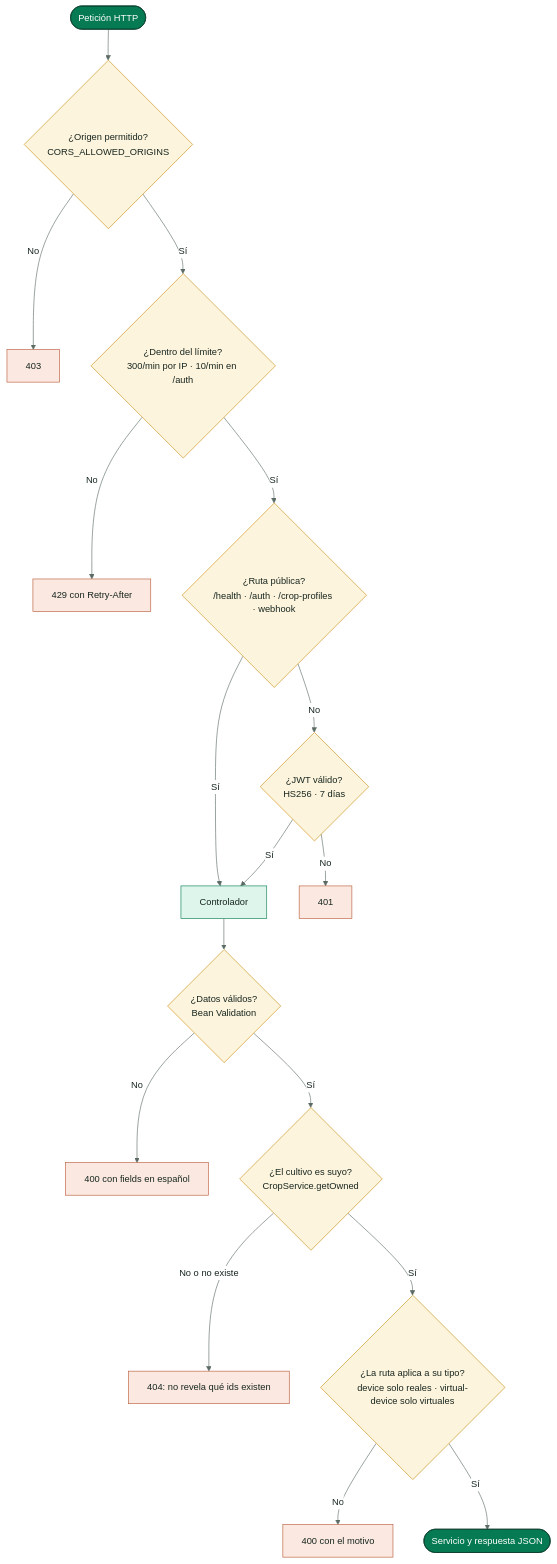
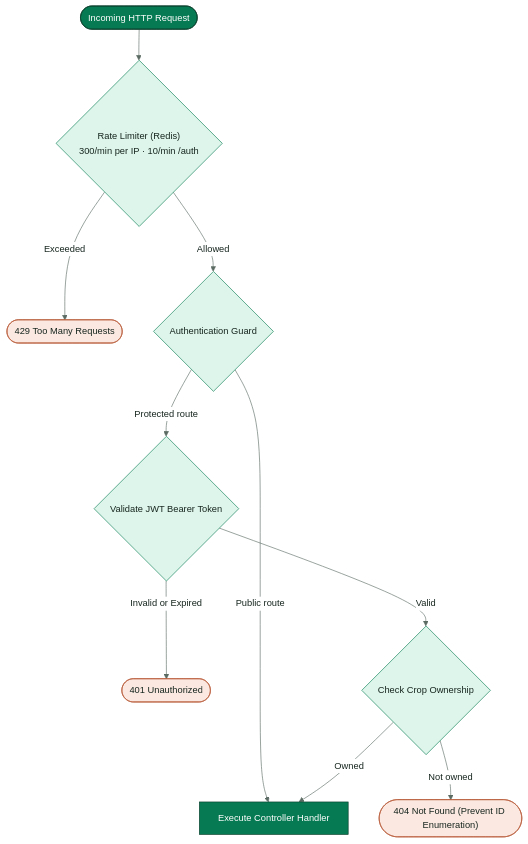
One commit to SmartPotTech/SmartPot-API-Java changed the fourth of 4 diagrams in docs/SmartPot_API_Documentation.md. Above: the diagram before and after it, drawn with Mermaid. The commit also changed other lines of this file and 15 other files, not shown here.

Commit message:
docs(specs): standardize legacy english documentation, notices, diagrams, and manuals

````diff
--- a/docs/SmartPot_API_Documentation.md
+++ b/docs/SmartPot_API_Documentation.md
@@ -243,31 +178,19 @@
 ```mermaid
 %%{init: {"theme": "base", "fontFamily": "Segoe UI, Arial, sans-serif", "themeVariables": {"fontFamily": "Segoe UI, Arial, sans-serif", "fontSize": "15px", "primaryColor": "#DDF5EA", "primaryTextColor": "#17261F", "primaryBorderColor": "#067A52", "secondaryColor": "#E3F2FB", "secondaryTextColor": "#17261F", "secondaryBorderColor": "#1F6FA0", "tertiaryColor": "#F2F7F4", "tertiaryTextColor": "#17261F", "tertiaryBorderColor": "#D5E3DC", "lineColor": "#5B6B63", "textColor": "#17261F", "mainBkg": "#DDF5EA", "nodeBorder": "#067A52", "clusterBkg": "#F7FAF8", "clusterBorder": "#D5E3DC", "edgeLabelBackground": "#FFFFFF", "actorBkg": "#067A52", "actorBorder": "#0B3D2B", "actorTextColor": "#FFFFFF", "actorLineColor": "#5B6B63", "signalColor": "#17261F", "signalTextColor": "#17261F", "labelBoxBkgColor": "#0B3D2B", "labelBoxBorderColor": "#0B3D2B", "labelTextColor": "#FFFFFF", "loopTextColor": "#0B3D2B", "noteBkgColor": "#FDF4DD", "noteBorderColor": "#C98D12", "noteTextColor": "#17261F", "activationBkgColor": "#DDF5EA", "activationBorderColor": "#067A52", "attributeBackgroundColorOdd": "#FFFFFF", "attributeBackgroundColorEven": "#F2F7F4"}}}%%
 flowchart TB
-  req(["Petición HTTP"]) --> cors{"¿Origen permitido?<br/>CORS_ALLOWED_ORIGINS"}
-  cors -->|"No"| r403["403"]
-  cors -->|"Sí"| rate{"¿Dentro del límite?<br/>300/min por IP · 10/min en /auth"}
-  rate -->|"No"| r429["429 con Retry-After"]
-  rate -->|"Sí"| pub{"¿Ruta pública?<br/>/health · /auth · /crop-profiles · webhook"}
-  pub -->|"Sí"| ctrl["Controlador"]
-  pub -->|"No"| jwt{"¿JWT válido?<br/>HS256 · 7 días"}
-  jwt -->|"No"| r401["401"]
-  jwt -->|"Sí"| ctrl
-  ctrl --> valid{"¿Datos válidos?<br/>Bean Validation"}
-  valid -->|"No"| r400["400 con fields en español"]
-  valid -->|"Sí"| owner{"¿El cultivo es suyo?<br/>CropService.getOwned"}
-  owner -->|"No o no existe"| r404["404: no revela qué ids existen"]
-  owner -->|"Sí"| kind{"¿La ruta aplica a su tipo?<br/>device solo reales · virtual-device solo virtuales"}
-  kind -->|"No"| r400b["400 con el motivo"]
-  kind -->|"Sí"| ok(["Servicio y respuesta JSON"])
+  req(["Incoming HTTP Request"]) --> rate{"Rate Limiter (Redis)<br/>300/min per IP · 10/min /auth"}
+  rate -->|"Exceeded"| r429(["429 Too Many Requests"])
+  rate -->|"Allowed"| auth{"Authentication Guard"}
+  auth -->|"Public route"| handler["Execute Controller Handler"]
+  auth -->|"Protected route"| jwt{"Validate JWT Bearer Token"}
+  jwt -->|"Invalid or Expired"| r401(["401 Unauthorized"])
+  jwt -->|"Valid"| owner{"Check Crop Ownership"}
+  owner -->|"Not owned"| r404(["404 Not Found (Prevent ID Enumeration)"])
+  owner -->|"Owned"| handler
+  classDef core fill:#067A52,stroke:#0B3D2B,color:#FFFFFF
   classDef leaf fill:#DDF5EA,stroke:#067A52,color:#17261F
-  classDef water fill:#E3F2FB,stroke:#1F6FA0,color:#17261F
-  classDef sun fill:#FDF4DD,stroke:#C98D12,color:#17261F
   classDef clay fill:#FBE9E1,stroke:#B85A38,color:#17261F
-  classDef core fill:#067A52,stroke:#0B3D2B,color:#FFFFFF
-  classDef deep fill:#0B3D2B,stroke:#06281C,color:#FFFFFF
-  classDef muted fill:#F2F7F4,stroke:#5B6B63,color:#17261F
-  class req,ok core
-  class cors,rate,pub,jwt,valid,owner,kind sun
-  class r403,r429,r401,r400,r404,r400b clay
-  class ctrl leaf
+  class req,handler core
+  class rate,auth,jwt,owner leaf
+  class r429,r401,r404 clay
 ```
````
